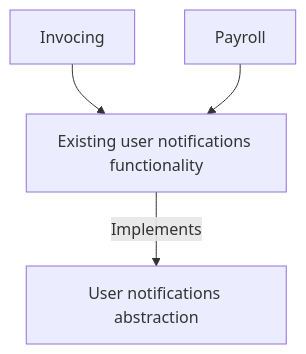
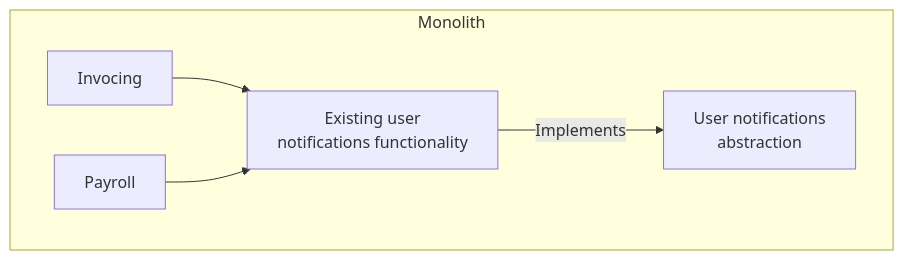
One commit to Octobug/notes changed the fifth of 17 diagrams in software_engineering/system_design/monolith_to_microservices/3_splitting_the_monolith.md. Above: the diagram before and after it, drawn with Mermaid. The commit also changed other lines of this file and 2 other files, not shown here.

````diff
--- a/software_engineering/system_design/monolith_to_microservices/3_splitting_the_monolith.md
+++ b/software_engineering/system_design/monolith_to_microservices/3_splitting_the_monolith.md
@@ -405,7 +426,13 @@
 ```mermaid
 flowchart TD
 
-Invocing --> existing["Existing user notifications functionality"]
+subgraph Monolith
+Invocing --> existing["Existing user
+notifications functionality"]
+
 Payroll --> existing
-existing -- Implements --> abstraction["User notifications abstraction"]
+
+existing -- Implements --> abstraction["User notifications
+abstraction"]
+end
 ```
````
